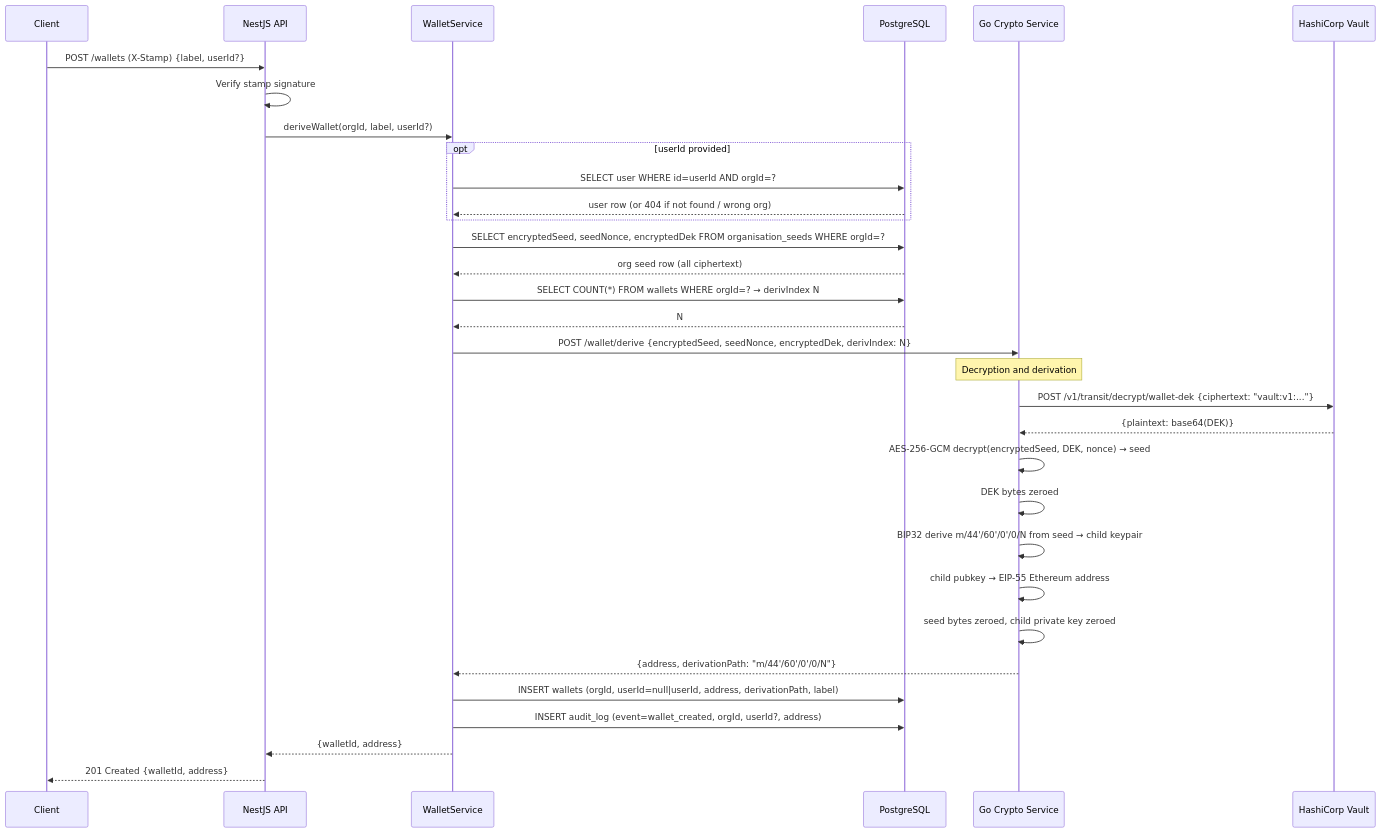
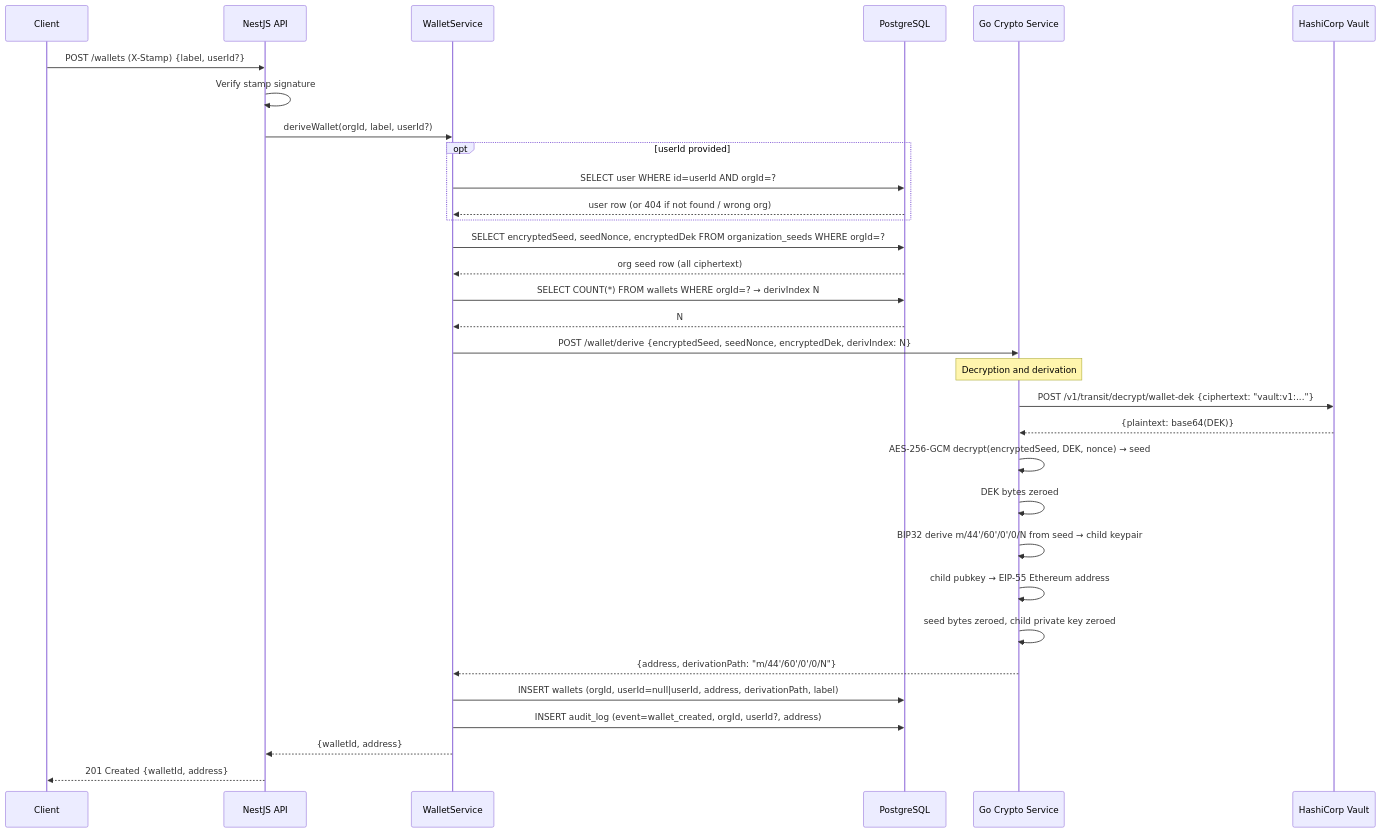
One commit to sg-milad/BrokeTurnkey changed the third of 5 diagrams in docs/SEQUENCE_DIAGRAMS.md. Above: the diagram before and after it, drawn with Mermaid. The commit also changed other lines of this file and 38 other files, not shown here.

````diff
--- a/docs/SEQUENCE_DIAGRAMS.md
+++ b/docs/SEQUENCE_DIAGRAMS.md
@@ -90,43 +90,43 @@
 ```mermaid
 sequenceDiagram
     participant C as Client
     participant API as NestJS API
     participant WS as WalletService
     participant DB as PostgreSQL
     participant GO as Go Crypto Service
     participant V as HashiCorp Vault
 
     C->>API: POST /wallets (X-Stamp) {label, userId?}
     API->>API: Verify stamp signature
     API->>WS: deriveWallet(orgId, label, userId?)
 
     opt userId provided
         WS->>DB: SELECT user WHERE id=userId AND orgId=?
         DB-->>WS: user row (or 404 if not found / wrong org)
     end
 
-    WS->>DB: SELECT encryptedSeed, seedNonce, encryptedDek FROM organisation_seeds WHERE orgId=?
+    WS->>DB: SELECT encryptedSeed, seedNonce, encryptedDek FROM organization_seeds WHERE orgId=?
     DB-->>WS: org seed row (all ciphertext)
 
     WS->>DB: SELECT COUNT(*) FROM wallets WHERE orgId=? → derivIndex N
     DB-->>WS: N
 
     WS->>GO: POST /wallet/derive {encryptedSeed, seedNonce, encryptedDek, derivIndex: N}
 
     note over GO: Decryption and derivation
     GO->>V: POST /v1/transit/decrypt/wallet-dek {ciphertext: "vault:v1:..."}
     V-->>GO: {plaintext: base64(DEK)}
     GO->>GO: AES-256-GCM decrypt(encryptedSeed, DEK, nonce) → seed
     GO->>GO: DEK bytes zeroed
     GO->>GO: BIP32 derive m/44'/60'/0'/0/N from seed → child keypair
     GO->>GO: child pubkey → EIP-55 Ethereum address
     GO->>GO: seed bytes zeroed, child private key zeroed
 
     GO-->>WS: {address, derivationPath: "m/44'/60'/0'/0/N"}
 
     WS->>DB: INSERT wallets (orgId, userId=null|userId, address, derivationPath, label)
     WS->>DB: INSERT audit_log (event=wallet_created, orgId, userId?, address)
 
     WS-->>API: {walletId, address}
     API-->>C: 201 Created {walletId, address}
 ```
````
